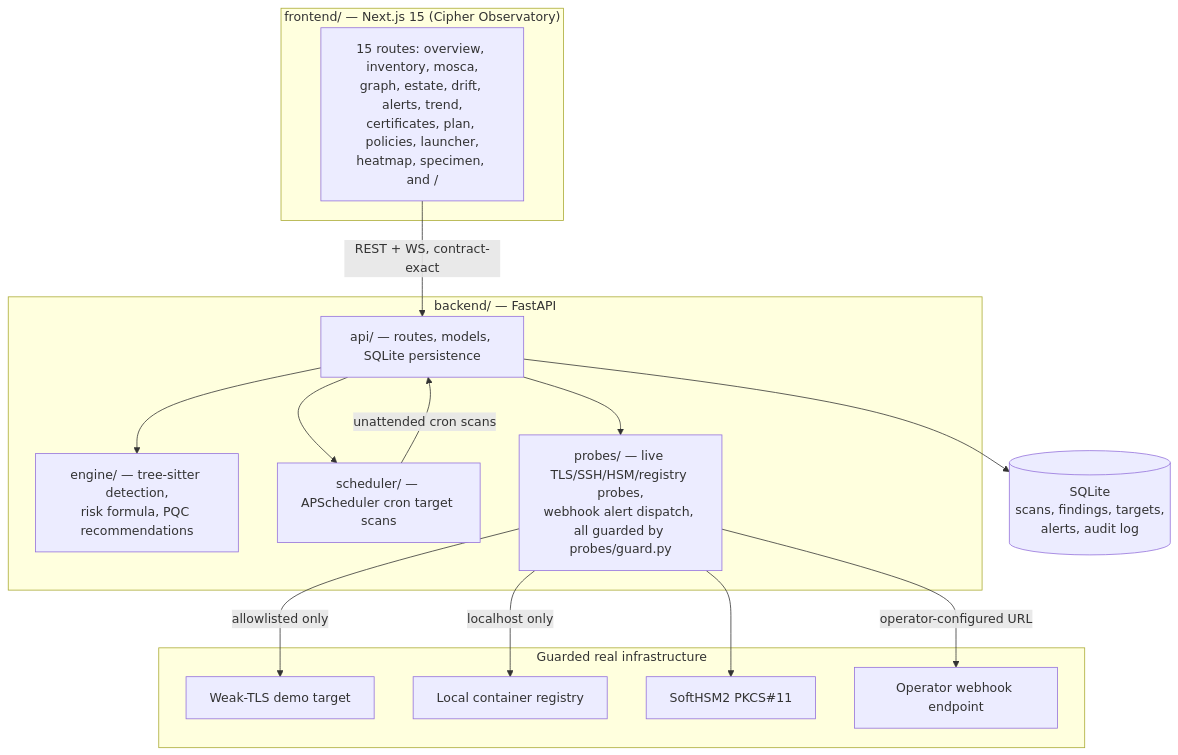
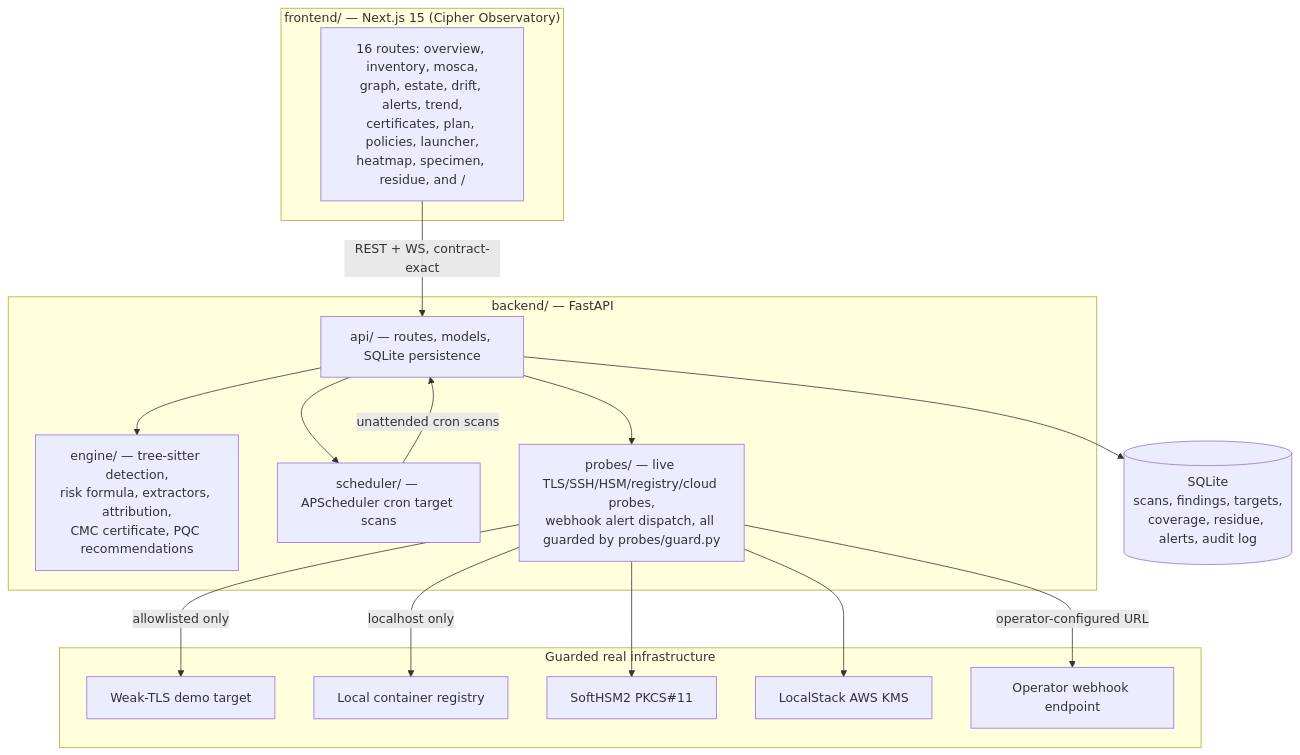
Before and after one commit to nani224/SIH26164: the diagram in README.md, drawn with Mermaid. The commit also changed other lines of this file and 3 other files, not shown here.

````diff
--- a/README.md
+++ b/README.md
@@ -21,31 +21,33 @@
 ```mermaid
 graph TD
     subgraph Frontend["frontend/ — Next.js 15 (Cipher Observatory)"]
-        UI[15 routes: overview, inventory, mosca,\ngraph, estate, drift, alerts, trend,\ncertificates, plan, policies, launcher,\nheatmap, specimen, and /]
+        UI[16 routes: overview, inventory, mosca,\ngraph, estate, drift, alerts, trend,\ncertificates, plan, policies, launcher,\nheatmap, specimen, residue, and /]
     end
 
     subgraph Backend["backend/ — FastAPI"]
         API[api/ — routes, models, SQLite persistence]
-        ENGINE[engine/ — tree-sitter detection,\nrisk formula, PQC recommendations]
+        ENGINE[engine/ — tree-sitter detection,\nrisk formula, extractors, attribution,\nCMC certificate, PQC recommendations]
         SCHED[scheduler/ — APScheduler cron target scans]
-        PROBES[probes/ — live TLS/SSH/HSM/registry probes,\nwebhook alert dispatch, all guarded by probes/guard.py]
+        PROBES[probes/ — live TLS/SSH/HSM/registry/cloud probes,\nwebhook alert dispatch, all guarded by probes/guard.py]
     end
 
     subgraph External["Guarded real infrastructure"]
         TLS[Weak-TLS demo target]
         REG[Local container registry]
         HSM[SoftHSM2 PKCS#11]
+        KMS[LocalStack AWS KMS]
         HOOK[Operator webhook endpoint]
     end
 
     UI -->|REST + WS, contract-exact| API
     API --> ENGINE
     API --> SCHED
     SCHED -->|unattended cron scans| API
     API --> PROBES
     PROBES -->|allowlisted only| TLS
     PROBES -->|localhost only| REG
     PROBES --> HSM
+    PROBES --> KMS
     PROBES -->|operator-configured URL| HOOK
-    API --> DB[(SQLite\nscans, findings, targets,\nalerts, audit log)]
+    API --> DB[(SQLite\nscans, findings, targets,\ncoverage, residue, alerts, audit log)]
 ```
````
